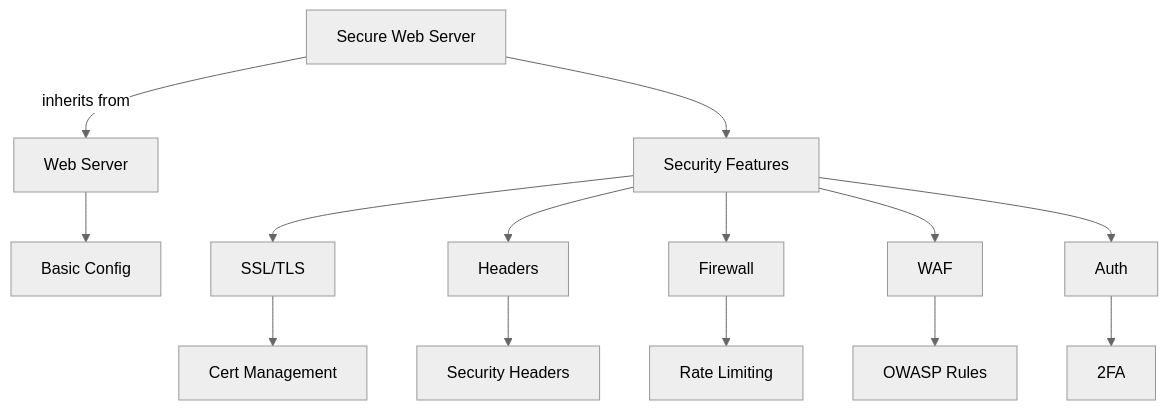
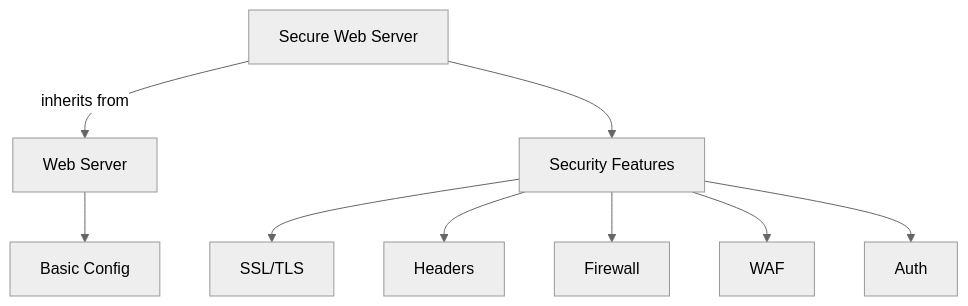
The diagram in docs/guides/nixamples/04-inheritance/README.md (Hydepwns/nix-mox), drawn with Mermaid (neutral theme) before and after one commit. The commit also changed other lines of this file and 145 other files, not shown here.

````diff
--- a/docs/guides/nixamples/04-inheritance/README.md
+++ b/docs/guides/nixamples/04-inheritance/README.md
@@ -5,16 +5,11 @@
 ```mermaid
 graph TD
     A[Secure Web Server] -->|inherits from| B[Web Server]
     B --> C[Basic Config]
     A --> D[Security Features]
     D --> E[SSL/TLS]
     D --> F[Headers]
     D --> G[Firewall]
     D --> H[WAF]
     D --> I[Auth]
-    E --> J[Cert Management]
-    F --> K[Security Headers]
-    G --> L[Rate Limiting]
-    H --> M[OWASP Rules]
-    I --> N[2FA]
 ```
````
